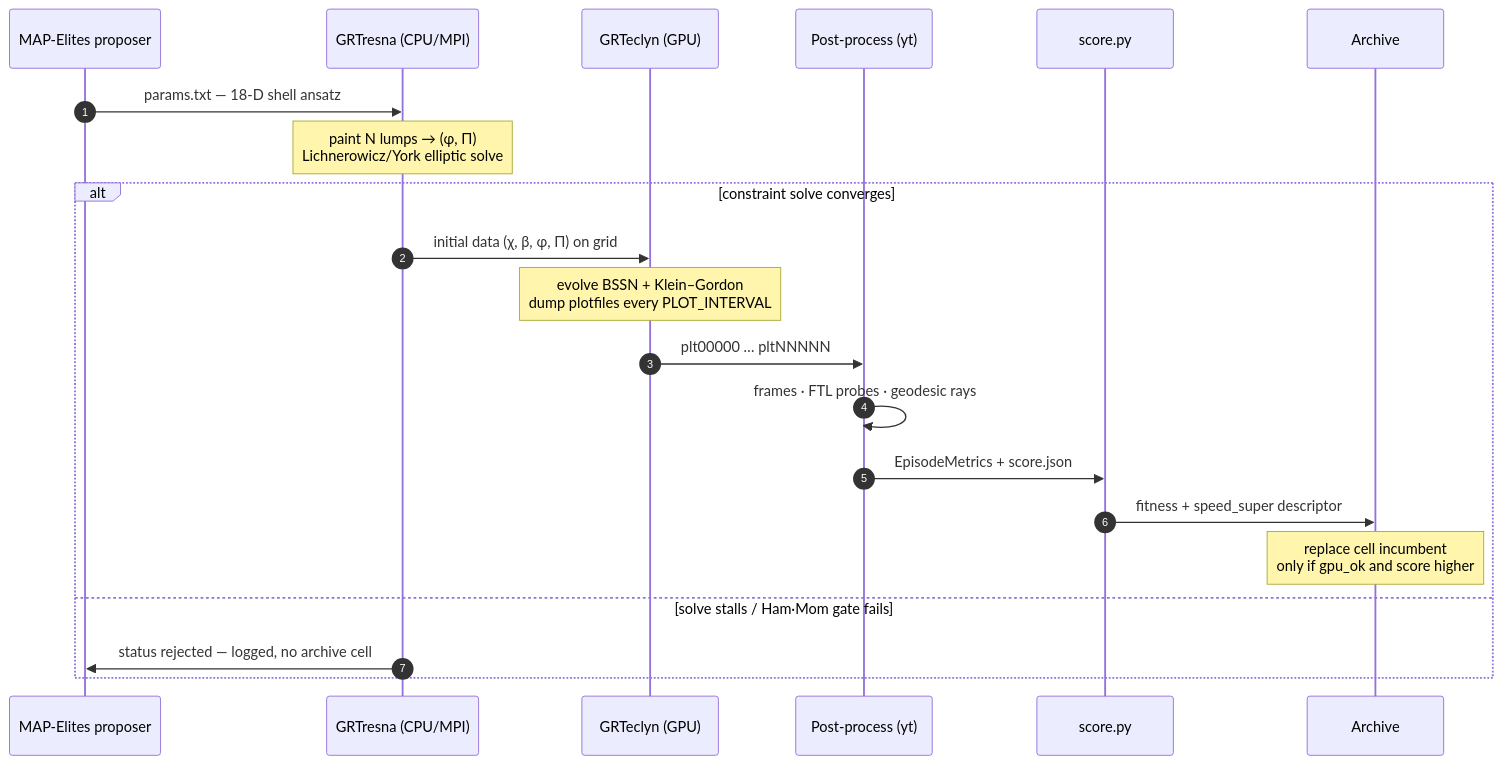
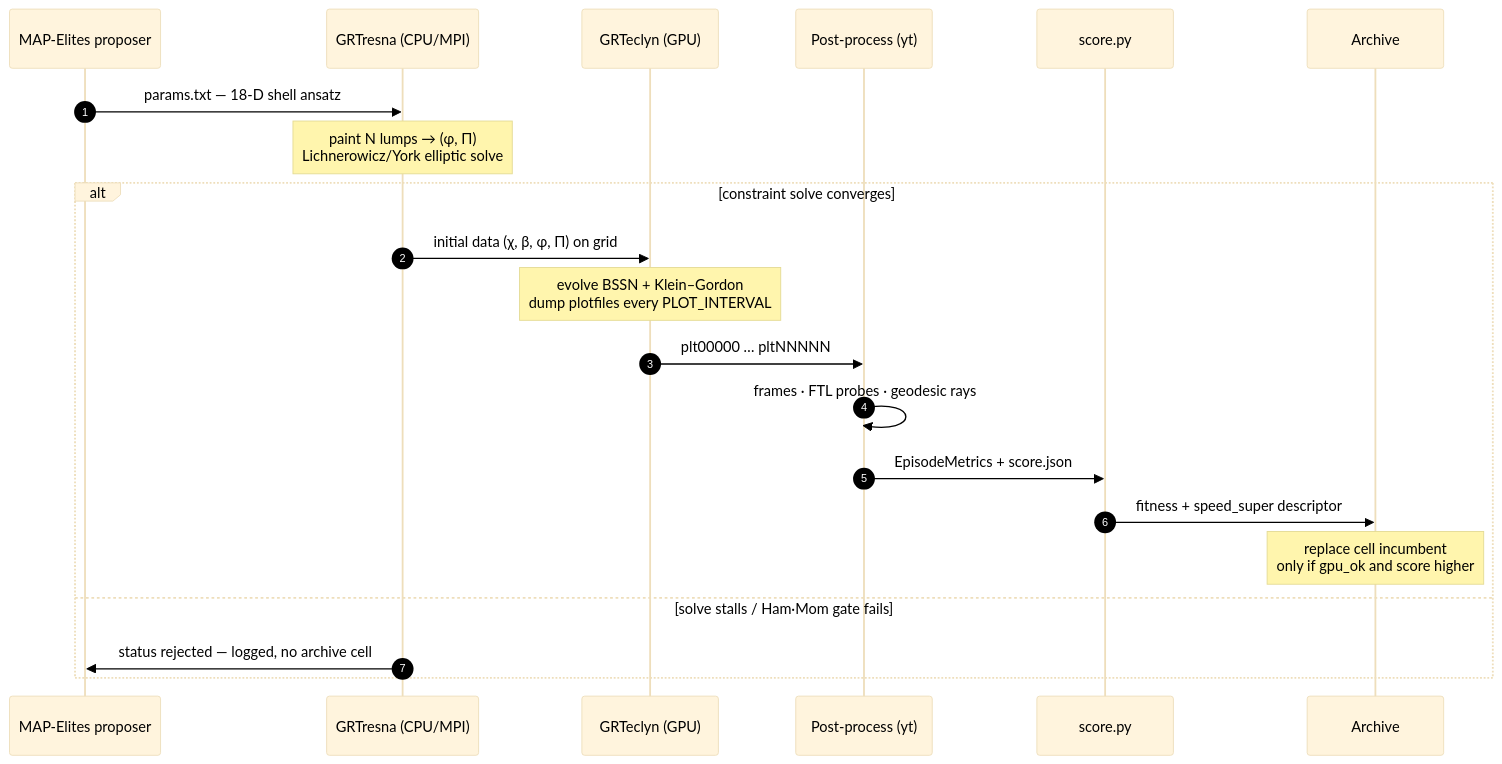
Before and after one commit to Nikchik-coder/GRTeclyn: the third of 6 diagrams in research/neuralspacetime/MapElites.md, drawn with Mermaid. The commit also changed other lines of this file, not shown here.

Commit message:
fix: diagrams

````diff
--- a/research/neuralspacetime/MapElites.md
+++ b/research/neuralspacetime/MapElites.md
@@ -144,25 +146,26 @@
 ```mermaid
+%%{init: {'theme':'base', 'themeVariables': {'primaryTextColor':'#000','secondaryTextColor':'#000','tertiaryTextColor':'#000','lineColor':'#000','actorTextColor':'#000','signalTextColor':'#000','noteTextColor':'#000','labelTextColor':'#000'}}}%%
 sequenceDiagram
     autonumber
     participant QD as MAP-Elites proposer
     participant GR as GRTresna (CPU/MPI)
     participant GT as GRTeclyn (GPU)
     participant PP as Post-process (yt)
     participant SC as score.py
     participant AR as Archive
 
     QD->>GR: params.txt — 18-D shell ansatz
     Note over GR: paint N lumps → (φ, Π)<br/>Lichnerowicz/York elliptic solve
 
     alt constraint solve converges
         GR->>GT: initial data (χ, β, φ, Π) on grid
         Note over GT: evolve BSSN + Klein–Gordon<br/>dump plotfiles every PLOT_INTERVAL
         GT->>PP: plt00000 … pltNNNNN
         PP->>PP: frames · FTL probes · geodesic rays
         PP->>SC: EpisodeMetrics + score.json
         SC->>AR: fitness + speed_super descriptor
         Note over AR: replace cell incumbent<br/>only if gpu_ok and score higher
     else solve stalls / Ham·Mom gate fails
         GR->>QD: status rejected — logged, no archive cell
     end
 ```
````
